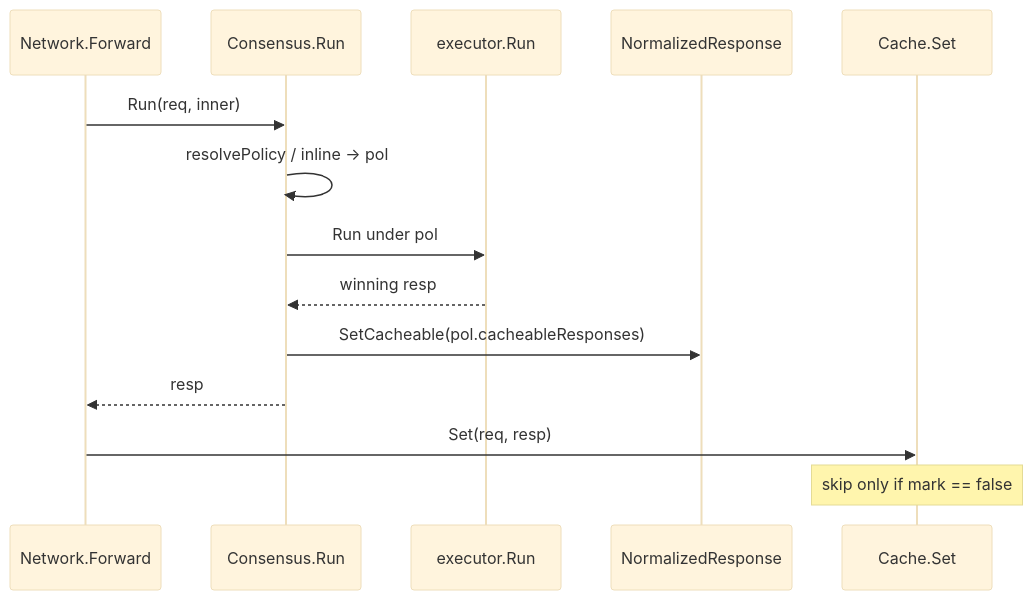
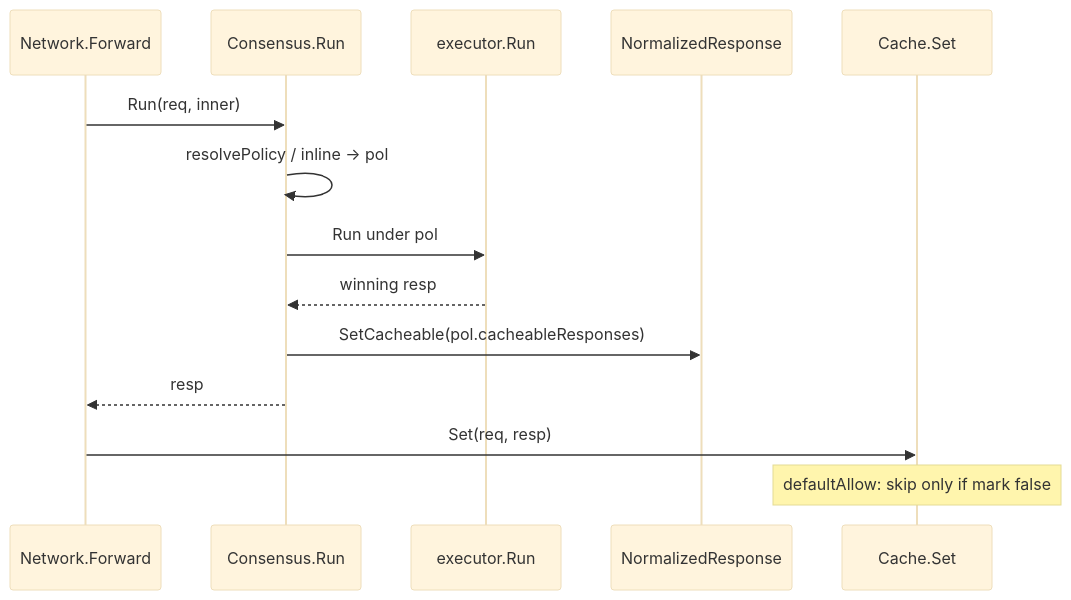
One commit to andreclaro/erpc changed the second of 3 diagrams in specs/cacheable-responses/feature.md. Above: the diagram before and after it, drawn with Mermaid (base theme). The commit also changed other lines of this file and 1 other file, not shown here.

First line of the commit message:
docs(specs): add cachingStrategy defaultAllow to cacheable-responses

````diff
--- a/specs/cacheable-responses/feature.md
+++ b/specs/cacheable-responses/feature.md
@@ -107,16 +146,16 @@
 ```mermaid
 sequenceDiagram
   participant N as Network.Forward
   participant C as Consensus.Run
   participant E as executor.Run
   participant R as NormalizedResponse
   participant K as Cache.Set
   N->>C: Run(req, inner)
   C->>C: resolvePolicy / inline → pol
   C->>E: Run under pol
   E-->>C: winning resp
   C->>R: SetCacheable(pol.cacheableResponses)
   C-->>N: resp
   N->>K: Set(req, resp)
-  Note over K: skip only if mark == false
+  Note over K: defaultAllow: skip only if mark false
 ```
````
